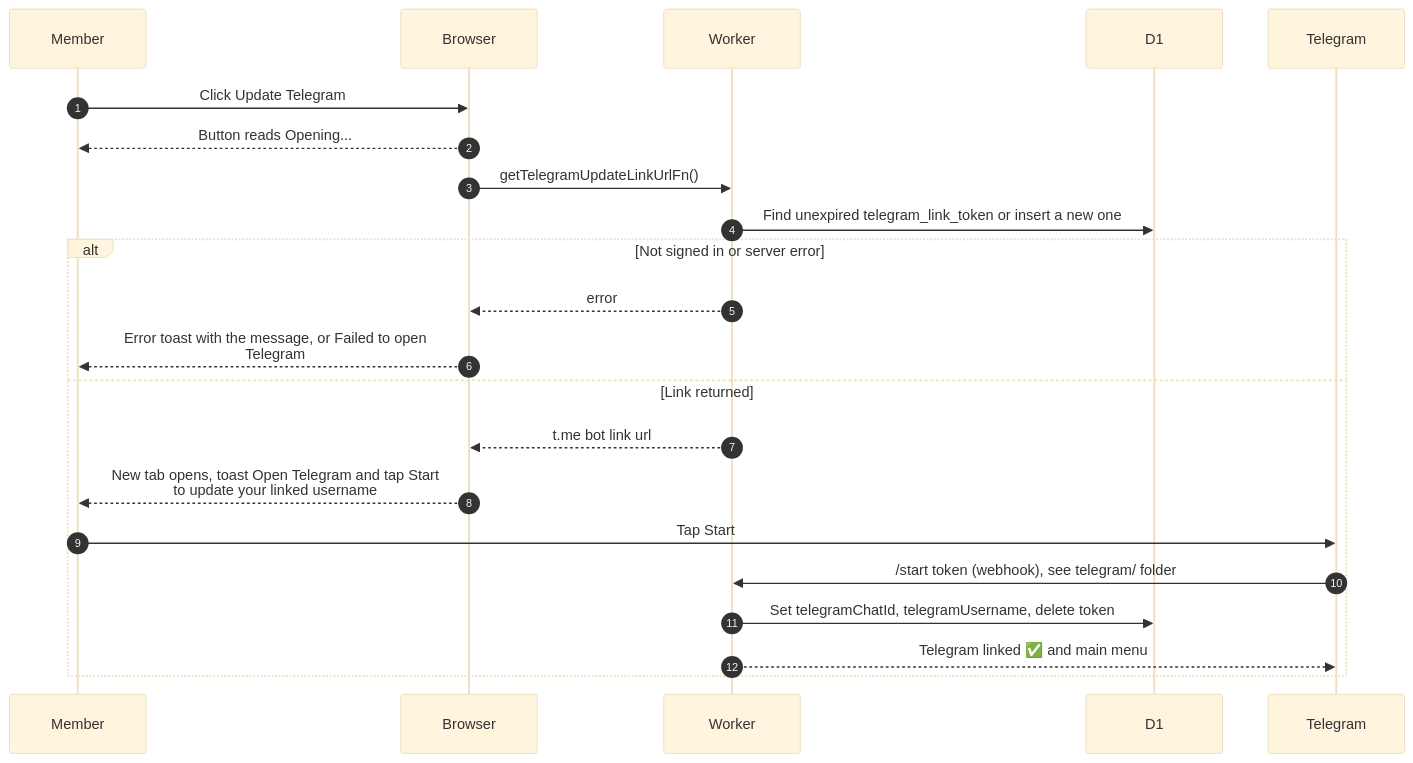
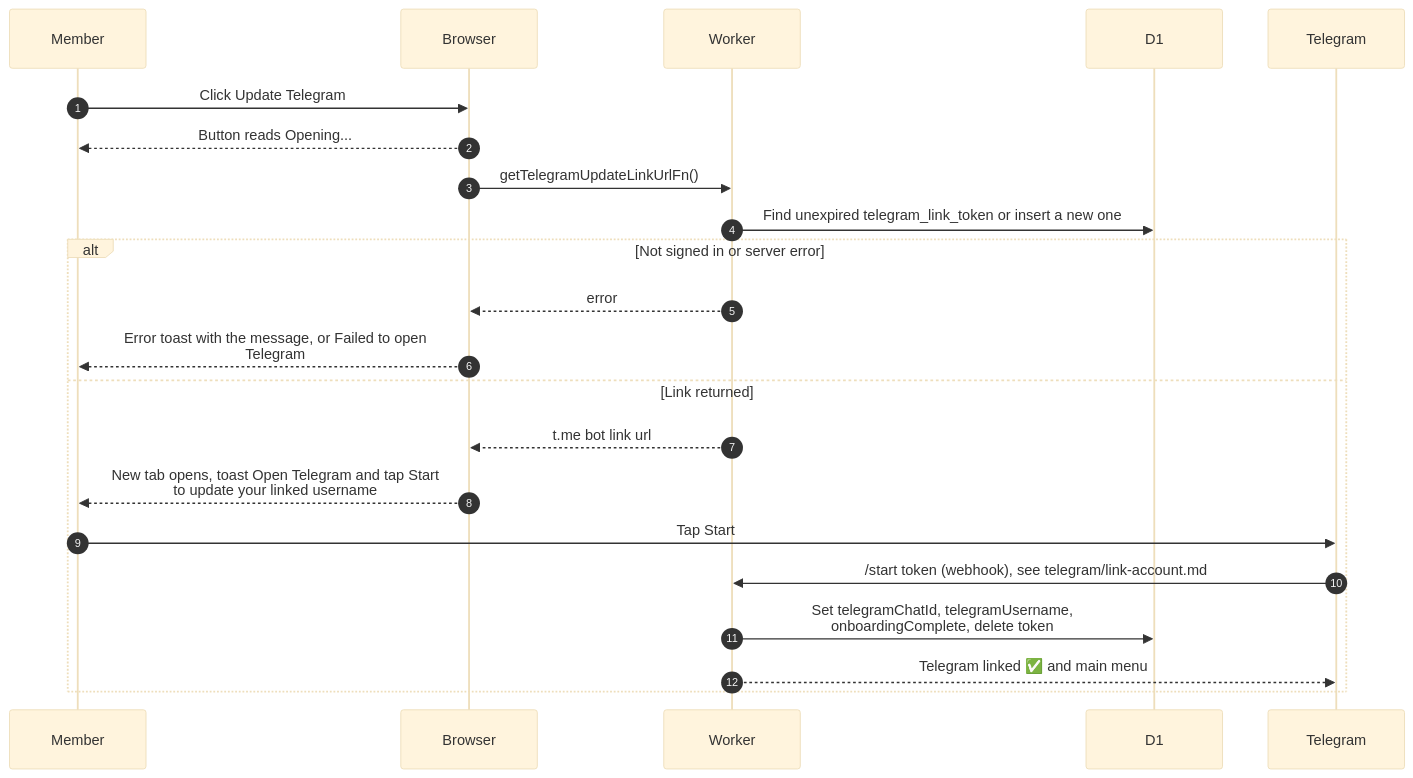
One commit to sagyzdop/meriksirat changed the diagram in docs/scenarios/account/update-telegram.md. Above: the diagram before and after it, drawn with Mermaid (base theme). The commit also changed other lines of this file and 12 other files, not shown here.

Commit message:
docs(scenarios): verify account diagrams against the code

````diff
--- a/docs/scenarios/account/update-telegram.md
+++ b/docs/scenarios/account/update-telegram.md
@@ -24,24 +29,24 @@
 ```mermaid
 sequenceDiagram
     autonumber
     participant P as Member
     participant B as Browser
     participant W as Worker
     participant D as D1
     participant T as Telegram
     P->>B: Click Update Telegram
     B-->>P: Button reads Opening...
     B->>W: getTelegramUpdateLinkUrlFn()
     W->>D: Find unexpired telegram_link_token or insert a new one
     alt Not signed in or server error
         W-->>B: error
         B-->>P: Error toast with the message, or Failed to open<br/>Telegram
     else Link returned
         W-->>B: t.me bot link url
         B-->>P: New tab opens, toast Open Telegram and tap Start<br/>to update your linked username
         P->>T: Tap Start
-        T->>W: /start token (webhook), see telegram/ folder
-        W->>D: Set telegramChatId, telegramUsername, delete token
+        T->>W: /start token (webhook), see telegram/link-account.md
+        W->>D: Set telegramChatId, telegramUsername,<br/>onboardingComplete, delete token
         W-->>T: Telegram linked ✅ and main menu
     end
 ```
````
